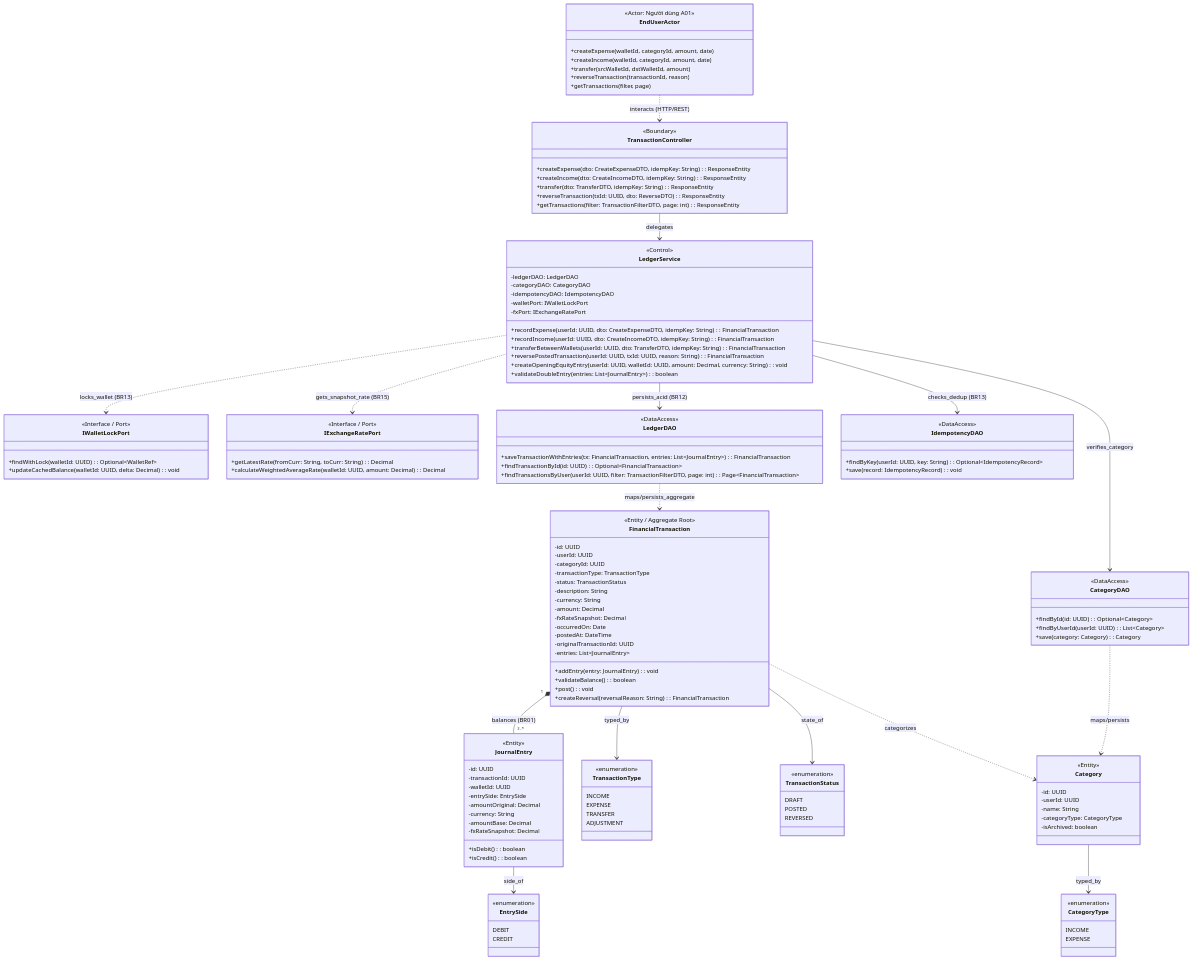
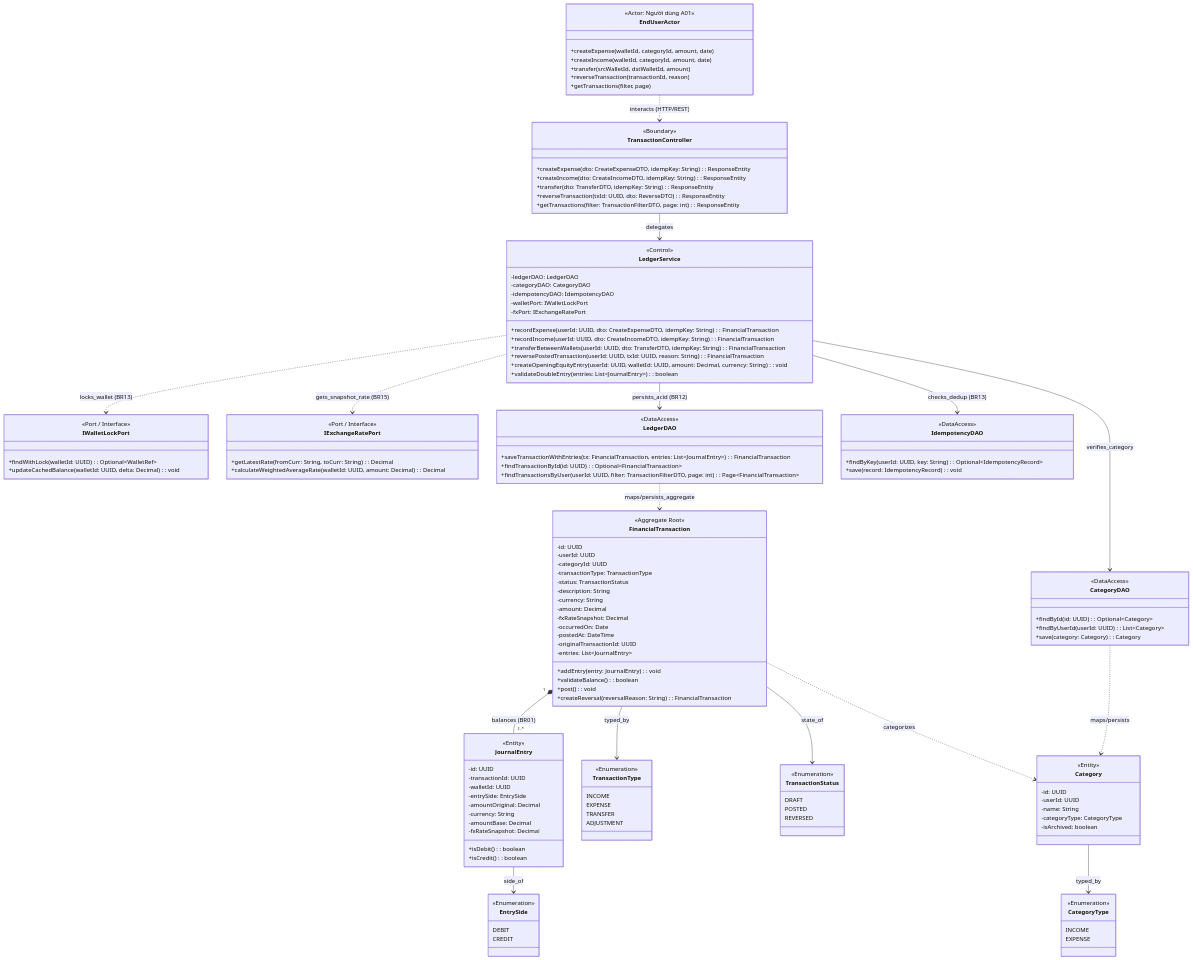
Before and after one commit to huytothevoz/SE---Microfinance-Personal-Wealth-Expense-Tracker: the diagram in docs/02_elaboration/uml_modeling/class_diagram/sources/cd03_double_entry_ledger.mmd, drawn with Mermaid. The commit also changed 10 other files, not shown here.

Commit message:
docs(uml): add comprehensive stereotype specification and standardize across all diagrams

```diff
--- a/docs/02_elaboration/uml_modeling/class_diagram/sources/cd03_double_entry_ledger.mmd
+++ b/docs/02_elaboration/uml_modeling/class_diagram/sources/cd03_double_entry_ledger.mmd
@@ -1,179 +1,179 @@
 classDiagram
     direction TB
 
     %% ==========================================
     %% ACTORS (Tác nhân tương tác)
     %% ==========================================
     class EndUserActor {
         <<Actor: Người dùng A01>>
         +createExpense(walletId, categoryId, amount, date)
         +createIncome(walletId, categoryId, amount, date)
         +transfer(srcWalletId, dstWalletId, amount)
         +reverseTransaction(transactionId, reason)
         +getTransactions(filter, page)
     }
 
     %% ==========================================
     %% BOUNDARY LAYER (Controllers)
     %% ==========================================
     class TransactionController {
         <<Boundary>>
         +createExpense(dto: CreateExpenseDTO, idempKey: String): ResponseEntity
         +createIncome(dto: CreateIncomeDTO, idempKey: String): ResponseEntity
         +transfer(dto: TransferDTO, idempKey: String): ResponseEntity
         +reverseTransaction(txId: UUID, dto: ReverseDTO): ResponseEntity
         +getTransactions(filter: TransactionFilterDTO, page: int): ResponseEntity
     }
 
     %% ==========================================
     %% CONTROL LAYER (Services & Ports)
     %% ==========================================
     class LedgerService {
         <<Control>>
         -ledgerDAO: LedgerDAO
         -categoryDAO: CategoryDAO
         -idempotencyDAO: IdempotencyDAO
         -walletPort: IWalletLockPort
         -fxPort: IExchangeRatePort
         +recordExpense(userId: UUID, dto: CreateExpenseDTO, idempKey: String): FinancialTransaction
         +recordIncome(userId: UUID, dto: CreateIncomeDTO, idempKey: String): FinancialTransaction
         +transferBetweenWallets(userId: UUID, dto: TransferDTO, idempKey: String): FinancialTransaction
         +reversePostedTransaction(userId: UUID, txId: UUID, reason: String): FinancialTransaction
         +createOpeningEquityEntry(userId: UUID, walletId: UUID, amount: Decimal, currency: String): void
         +validateDoubleEntry(entries: List~JournalEntry~): boolean
     }
 
     class IWalletLockPort {
-        <<Interface / Port>>
+        <<Port / Interface>>
         +findWithLock(walletId: UUID): Optional~WalletRef~
         +updateCachedBalance(walletId: UUID, delta: Decimal): void
     }
 
     class IExchangeRatePort {
-        <<Interface / Port>>
+        <<Port / Interface>>
         +getLatestRate(fromCurr: String, toCurr: String): Decimal
         +calculateWeightedAverageRate(walletId: UUID, amount: Decimal): Decimal
     }
 
     %% ==========================================
     %% DATA ACCESS LAYER (DAOs)
     %% ==========================================
     class LedgerDAO {
         <<DataAccess>>
         +saveTransactionWithEntries(tx: FinancialTransaction, entries: List~JournalEntry~): FinancialTransaction
         +findTransactionById(id: UUID): Optional~FinancialTransaction~
         +findTransactionsByUser(userId: UUID, filter: TransactionFilterDTO, page: int): Page~FinancialTransaction~
     }
 
     class CategoryDAO {
         <<DataAccess>>
         +findById(id: UUID): Optional~Category~
         +findByUserId(userId: UUID): List~Category~
         +save(category: Category): Category
     }
 
     class IdempotencyDAO {
         <<DataAccess>>
         +findByKey(userId: UUID, key: String): Optional~IdempotencyRecord~
         +save(record: IdempotencyRecord): void
     }
 
     %% ==========================================
     %% DOMAIN ENTITIES & ENUMS
     %% ==========================================
     class Category {
         <<Entity>>
         -id: UUID
         -userId: UUID
         -name: String
         -categoryType: CategoryType
         -isArchived: boolean
     }
 
     class CategoryType {
-        <<enumeration>>
+        <<Enumeration>>
         INCOME
         EXPENSE
     }
 
     class FinancialTransaction {
-        <<Entity / Aggregate Root>>
+        <<Aggregate Root>>
         -id: UUID
         -userId: UUID
         -categoryId: UUID
         -transactionType: TransactionType
         -status: TransactionStatus
         -description: String
         -currency: String
         -amount: Decimal
         -fxRateSnapshot: Decimal
         -occurredOn: Date
         -postedAt: DateTime
         -originalTransactionId: UUID
         -entries: List~JournalEntry~
         +addEntry(entry: JournalEntry): void
         +validateBalance(): boolean
         +post(): void
         +createReversal(reversalReason: String): FinancialTransaction
     }
 
     class TransactionType {
-        <<enumeration>>
+        <<Enumeration>>
         INCOME
         EXPENSE
         TRANSFER
         ADJUSTMENT
     }
 
     class TransactionStatus {
-        <<enumeration>>
+        <<Enumeration>>
         DRAFT
         POSTED
         REVERSED
     }
 
     class JournalEntry {
         <<Entity>>
         -id: UUID
         -transactionId: UUID
         -walletId: UUID
         -entrySide: EntrySide
         -amountOriginal: Decimal
         -currency: String
         -amountBase: Decimal
         -fxRateSnapshot: Decimal
         +isDebit(): boolean
         +isCredit(): boolean
     }
 
     class EntrySide {
-        <<enumeration>>
+        <<Enumeration>>
         DEBIT
         CREDIT
     }
 
     %% ==========================================
     %% RELATIONSHIPS & INTERACTIONS
     %% ==========================================
     %% Central Spine: Actor -> Controller -> Service -> DAO -> Aggregate Root -> Child
     EndUserActor ..> TransactionController : interacts (HTTP/REST)
     TransactionController --> LedgerService : delegates
     LedgerService --> LedgerDAO : persists_acid (BR12)
     LedgerDAO ..> FinancialTransaction : maps/persists_aggregate
     FinancialTransaction "1" *-- "2..*" JournalEntry : balances (BR01)
     JournalEntry --> EntrySide : side_of
 
     %% Left Ports (Wallet & FX)
     LedgerService ..> IWalletLockPort : locks_wallet (BR13)
     LedgerService ..> IExchangeRatePort : gets_snapshot_rate (BR15)
 
     %% Right Branch (Idempotency & Category Hierarchy)
     LedgerService --> IdempotencyDAO : checks_dedup (BR13)
     LedgerService --> CategoryDAO : verifies_category
     CategoryDAO ..> Category : maps/persists
     Category --> CategoryType : typed_by
 
     %% Enums and Association
     FinancialTransaction ..> Category : categorizes
     FinancialTransaction --> TransactionType : typed_by
     FinancialTransaction --> TransactionStatus : state_of
```
